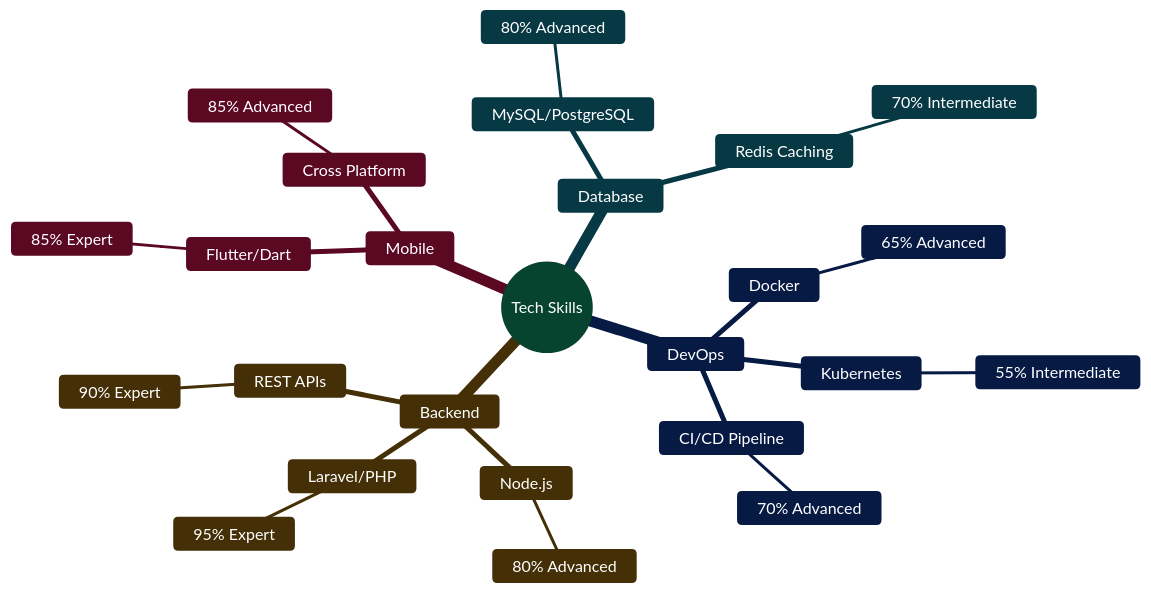
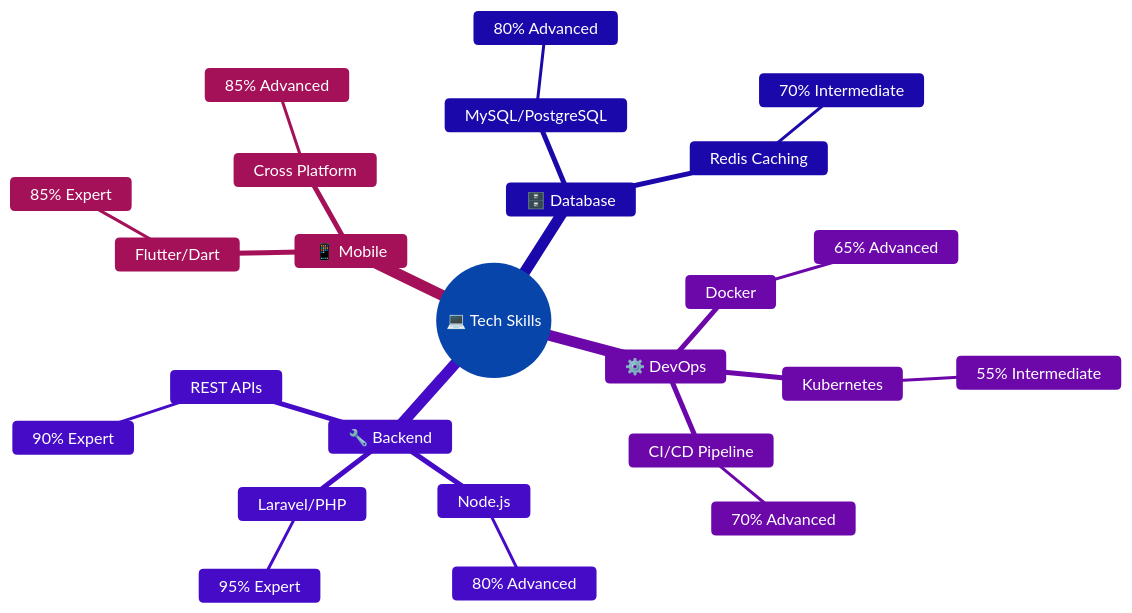
Before and after one commit to eliteio01/eliteio01: the first of 2 diagrams in README.md, drawn with Mermaid. The commit also changed other lines of this file, not shown here.

````diff
--- a/README.md
+++ b/README.md
@@ -48,39 +48,38 @@
 ```mermaid
-%%{init: {'theme':'base', 'themeVariables': {'primaryColor':'#10b981','primaryTextColor':'#fff','primaryBorderColor':'#059669','fontSize':'16px'}}}%%
+%%{init: {'theme':'base', 'themeVariables': {
+  'primaryColor':'#3b82f6',
+  'primaryTextColor':'#ffffff',
+  'primaryBorderColor':'#2563eb',
+  'secondaryColor':'#8b5cf6',
+  'tertiaryColor':'#ec4899',
+  'lineColor':'#6366f1',
+  'fontSize':'16px',
+  'fontFamily':'system-ui'
+}}}%%
 mindmap
-  root((Tech Skills))
-    Backend
+  root((💻 Tech Skills))
+    🔧 Backend
       Laravel/PHP
-        ::icon(fas fa-server)
         95% Expert
       Node.js
-        ::icon(fas fa-node)
         80% Advanced
       REST APIs
-        ::icon(fas fa-code)
         90% Expert
-    Mobile
+    📱 Mobile
       Flutter/Dart
-        ::icon(fas fa-mobile)
         85% Expert
       Cross Platform
-        ::icon(fas fa-sync)
         85% Advanced
-    Database
+    🗄️ Database
       MySQL/PostgreSQL
-        ::icon(fas fa-database)
         80% Advanced
       Redis Caching
-        ::icon(fas fa-bolt)
         70% Intermediate
-    DevOps
+    ⚙️ DevOps
       Docker
-        ::icon(fab fa-docker)
         65% Advanced
       Kubernetes
-        ::icon(fas fa-dharmachakra)
         55% Intermediate
       CI/CD Pipeline
-        ::icon(fas fa-rocket)
         70% Advanced
 ```
````
